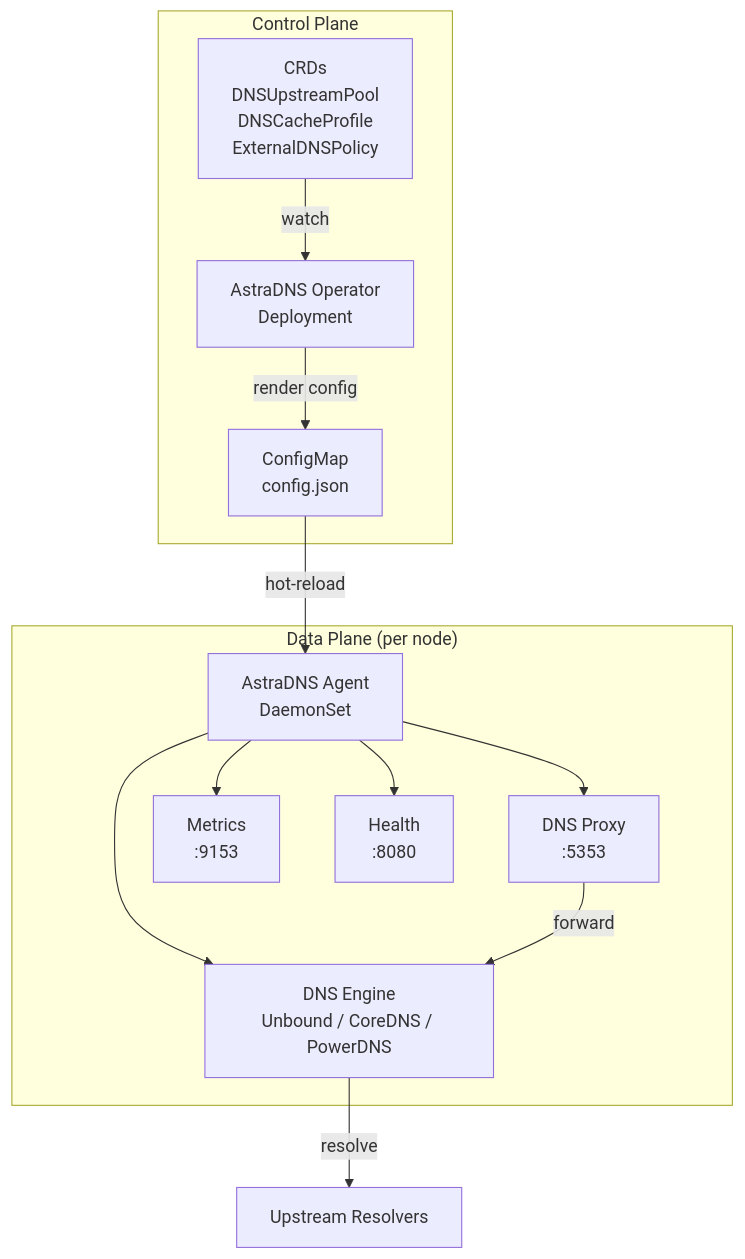
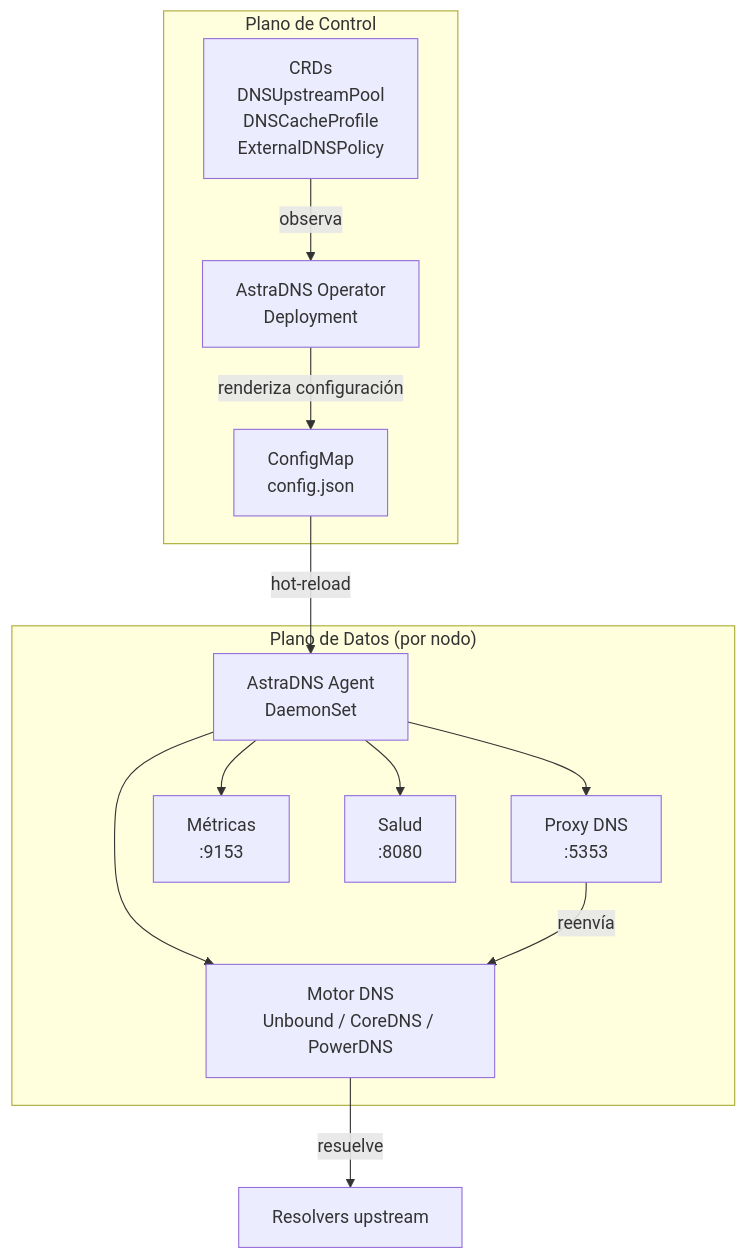
The diagram in docs/es/architecture/index.md (astradns/astradns-site), drawn with Mermaid before and after one commit. The commit also changed 31 other files, not shown here.

````diff
--- a/docs/es/architecture/index.md
+++ b/docs/es/architecture/index.md
@@ -17,26 +17,26 @@
 ```mermaid
 graph TB
-    subgraph "Control Plane"
+    subgraph "Plano de Control"
         CRDs[CRDs<br/>DNSUpstreamPool<br/>DNSCacheProfile<br/>ExternalDNSPolicy]
         Operator[AstraDNS Operator<br/>Deployment]
         CM[ConfigMap<br/>config.json]
     end
 
-    subgraph "Data Plane (per node)"
+    subgraph "Plano de Datos (por nodo)"
         Agent[AstraDNS Agent<br/>DaemonSet]
-        Engine[DNS Engine<br/>Unbound / CoreDNS / PowerDNS]
-        Proxy[DNS Proxy<br/>:5353]
-        Metrics[Metrics<br/>:9153]
-        Health[Health<br/>:8080]
+        Engine[Motor DNS<br/>Unbound / CoreDNS / PowerDNS]
+        Proxy[Proxy DNS<br/>:5353]
+        Metrics[Métricas<br/>:9153]
+        Health[Salud<br/>:8080]
     end
 
-    CRDs -->|watch| Operator
-    Operator -->|render config| CM
+    CRDs -->|observa| Operator
+    Operator -->|renderiza configuración| CM
     CM -->|hot-reload| Agent
     Agent --> Proxy
     Agent --> Engine
     Agent --> Metrics
     Agent --> Health
-    Proxy -->|forward| Engine
-    Engine -->|resolve| Internet[Upstream Resolvers]
+    Proxy -->|reenvía| Engine
+    Engine -->|resuelve| Internet[Resolvers upstream]
 ```
````
